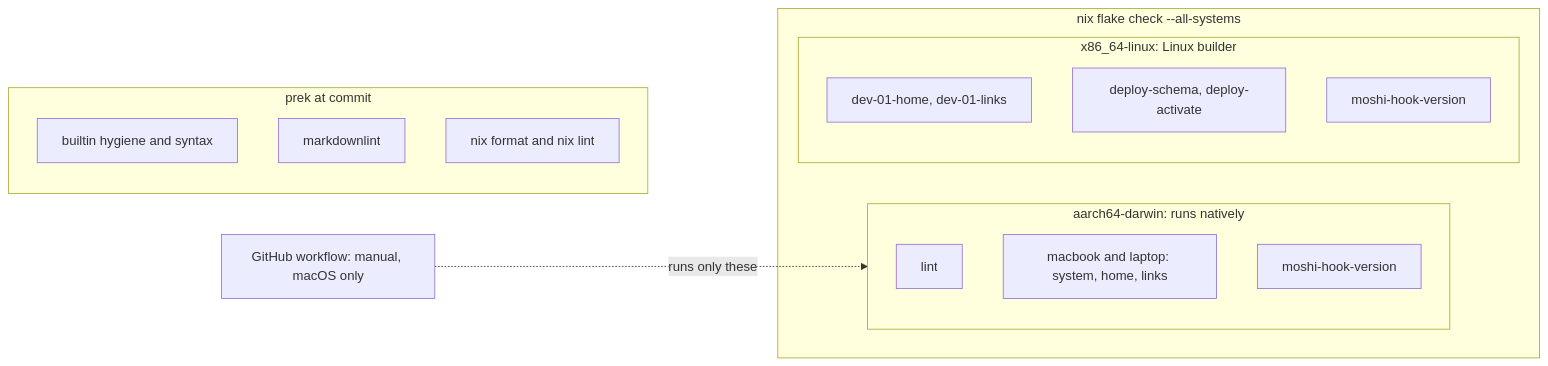
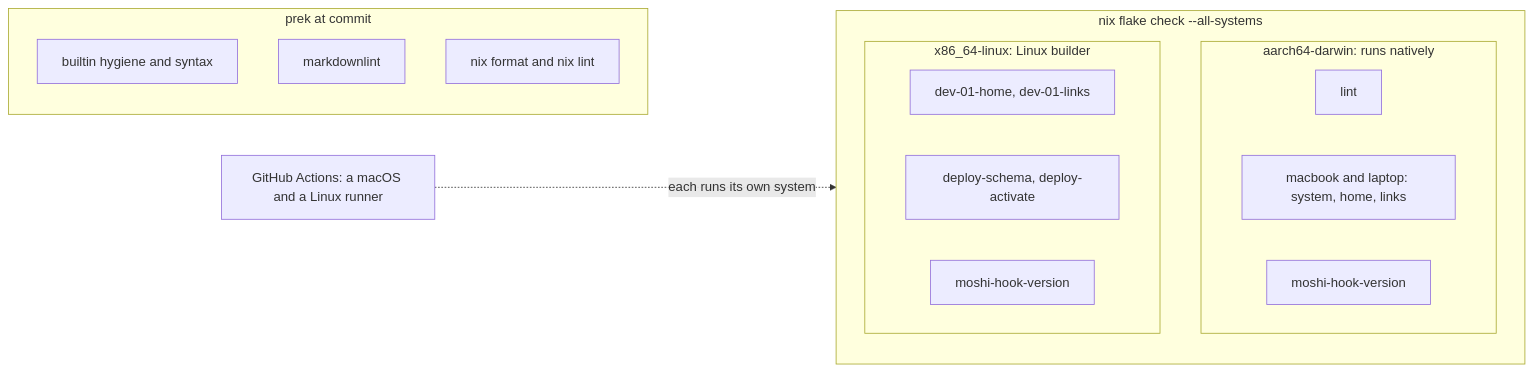
The third of 3 diagrams in README.md (mich-murphy/nix-config), drawn with Mermaid before and after one commit. The commit also changed other lines of this file and 4 other files, not shown here.

First line of the commit message:
ci: run the gate on macOS and Linux for every pull request (#74)

````diff
--- a/README.md
+++ b/README.md
@@ -209,21 +209,21 @@
 ```mermaid
 flowchart LR
   subgraph PK["prek at commit"]
     H1["builtin hygiene and syntax"]
     H2["markdownlint"]
     H3["nix format and nix lint"]
   end
   subgraph FC["nix flake check --all-systems"]
     subgraph MAC["aarch64-darwin: runs natively"]
       M1["lint"]
       M2["macbook and laptop: system, home, links"]
       M3["moshi-hook-version"]
     end
     subgraph LIN["x86_64-linux: Linux builder"]
       L1["dev-01-home, dev-01-links"]
       L2["deploy-schema, deploy-activate"]
       L3["moshi-hook-version"]
     end
   end
-  CI["GitHub workflow: manual, macOS only"] -.->|"runs only these"| MAC
+  CI["GitHub Actions: a macOS and a Linux runner"] -.->|"each runs its own system"| FC
 ```
````
